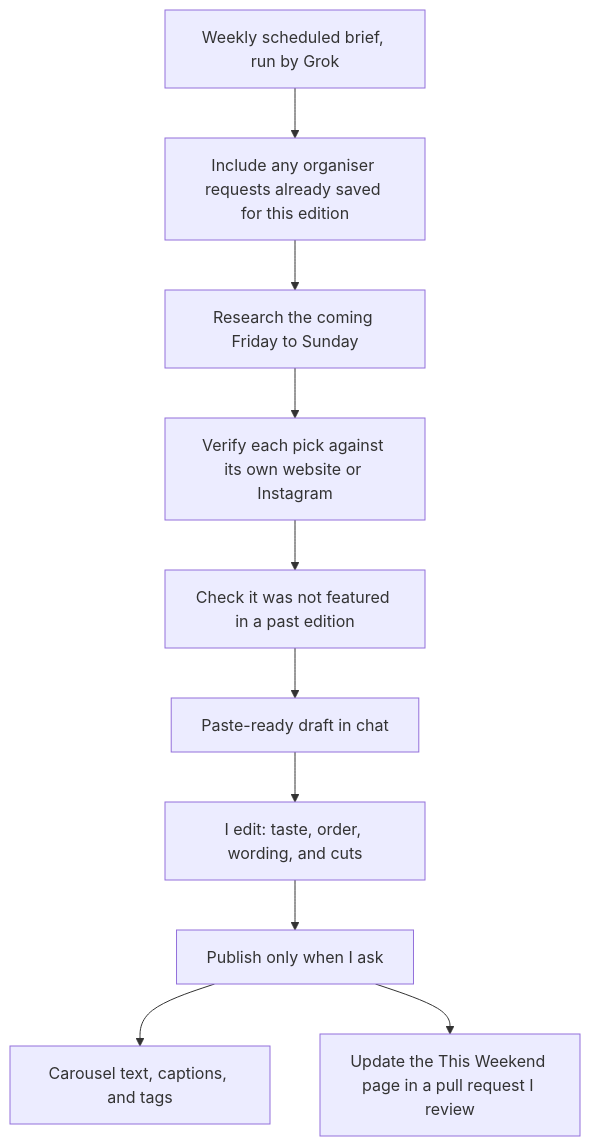
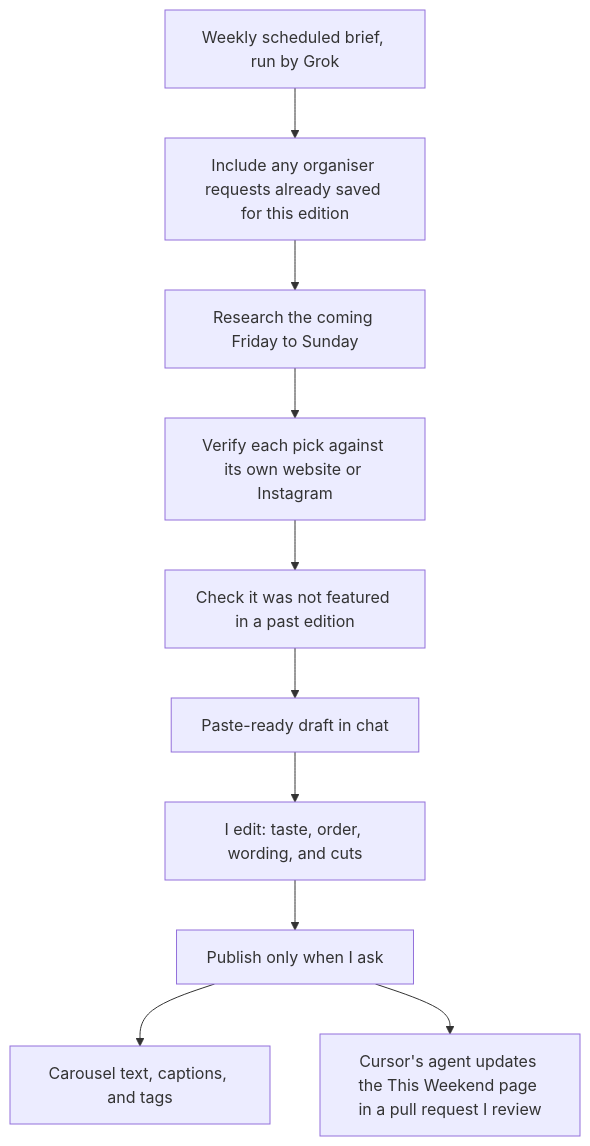
Before and after one commit to annoushkaxyz/lwt-weekly-newsletter: the diagram in README.md, drawn with Mermaid. The commit also changed other lines of this file, not shown here.

Commit message:
Name Cursor's agent for the site updates
Claude-Session: https://claude.ai/code/session_01XfDmgn8zGM6VqApHsgsBHL

````diff
--- a/README.md
+++ b/README.md
@@ -27,12 +27,12 @@
 ```mermaid
 flowchart TD
   A[Weekly scheduled brief, run by Grok] --> B[Include any organiser requests already saved for this edition]
   B --> C[Research the coming Friday to Sunday]
   C --> D[Verify each pick against its own website or Instagram]
   D --> E[Check it was not featured in a past edition]
   E --> F[Paste-ready draft in chat]
   F --> G[I edit: taste, order, wording, and cuts]
   G --> H[Publish only when I ask]
   H --> I[Carousel text, captions, and tags]
-  H --> J[Update the This Weekend page in a pull request I review]
+  H --> J[Cursor's agent updates the This Weekend page in a pull request I review]
 ```
````
